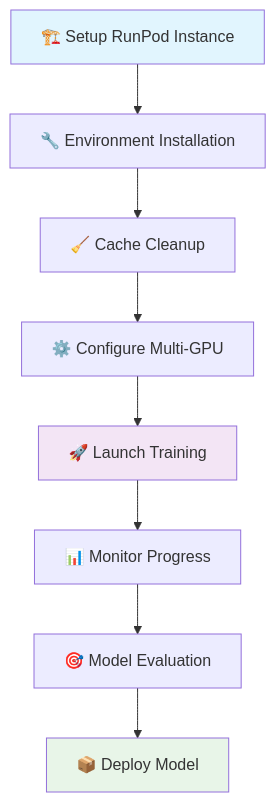
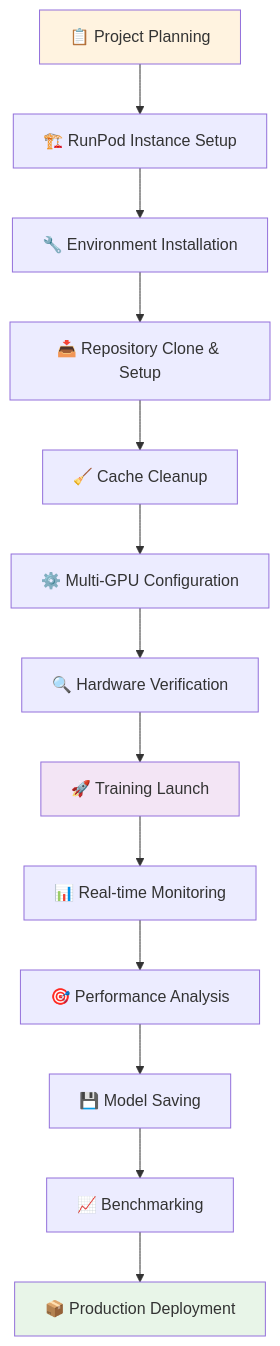
Before and after one commit to AmitNaikRepository/Multi_GPU_deployement: the first of 2 diagrams in README.md, drawn with Mermaid. The commit also changed other lines of this file, not shown here.

First line of the commit message:
Enhance project workflow section with comprehensive 13-step process

````diff
--- a/README.md
+++ b/README.md
@@ -109,14 +109,19 @@
 ```mermaid
 graph TD
-    A[🏗️ Setup RunPod Instance] --> B[🔧 Environment Installation]
-    B --> C[🧹 Cache Cleanup]
-    C --> D[⚙️ Configure Multi-GPU]
-    D --> E[🚀 Launch Training]
-    E --> F[📊 Monitor Progress]
-    F --> G[🎯 Model Evaluation]
-    G --> H[📦 Deploy Model]
+    A[📋 Project Planning] --> B[🏗️ RunPod Instance Setup]
+    B --> C[🔧 Environment Installation]
+    C --> D[📥 Repository Clone & Setup]
+    D --> E[🧹 Cache Cleanup]
+    E --> F[⚙️ Multi-GPU Configuration]
+    F --> G[🔍 Hardware Verification]
+    G --> H[🚀 Training Launch]
+    H --> I[📊 Real-time Monitoring]
+    I --> J[🎯 Performance Analysis]
+    J --> K[💾 Model Saving]
+    K --> L[📈 Benchmarking]
+    L --> M[📦 Production Deployment]
 
-    style A fill:#e1f5fe
-    style E fill:#f3e5f5
-    style H fill:#e8f5e8
+    style A fill:#fff3e0
+    style H fill:#f3e5f5
+    style M fill:#e8f5e8
 ```
````
